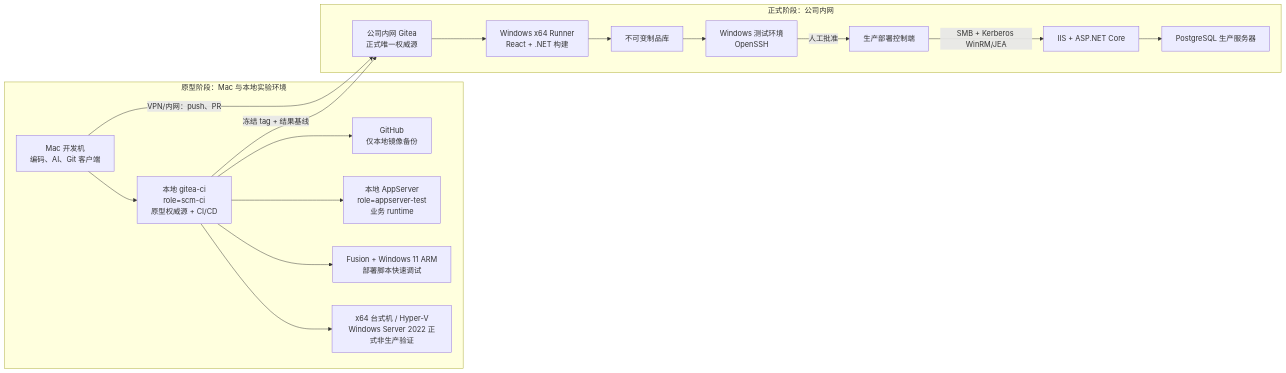
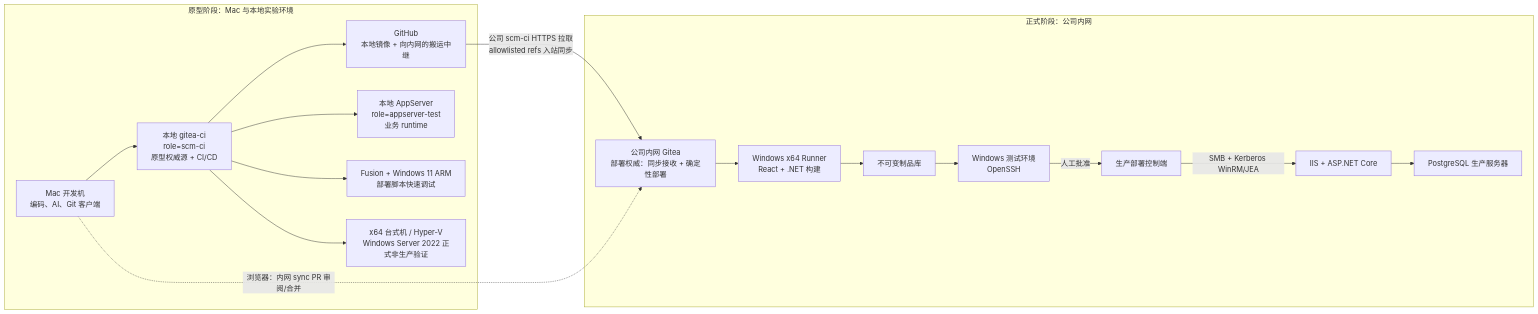
One commit to BenQue/AIGitea changed the diagram in 07-内网与生产平移路线.md. Above: the diagram before and after it, drawn with Mermaid. The commit also changed other lines of this file and 5 other files, not shown here.

````diff
--- a/07-内网与生产平移路线.md
+++ b/07-内网与生产平移路线.md
@@ -25,33 +30,33 @@
 ```mermaid
 flowchart LR
     subgraph LAB["原型阶段：Mac 与本地实验环境"]
         MAC["Mac 开发机<br/>编码、AI、Git 客户端"]
         LG["本地 gitea-ci<br/>role=scm-ci<br/>原型权威源 + CI/CD"]
-        GH["GitHub<br/>仅本地镜像备份"]
+        GH["GitHub<br/>本地镜像 + 向内网的搬运中继"]
         LAPP["本地 AppServer<br/>role=appserver-test<br/>业务 runtime"]
         ARM["Fusion + Windows 11 ARM<br/>部署脚本快速调试"]
         LWIN["x64 台式机 / Hyper-V<br/>Windows Server 2022 正式非生产验证"]
         MAC --> LG
         LG --> GH
         LG --> LAPP
         LG --> ARM
         LG --> LWIN
     end
 
-    LG -->|"冻结 tag + 结果基线"| CG["公司内网 Gitea<br/>正式唯一权威源"]
+    GH -->|"公司 scm-ci HTTPS 拉取<br/>allowlisted refs 入站同步"| CG["公司内网 Gitea<br/>部署权威：同步接收 + 确定性部署"]
 
     subgraph CORP["正式阶段：公司内网"]
         WR["Windows x64 Runner<br/>React + .NET 构建"]
         PKG["不可变制品库"]
         TEST["Windows 测试环境<br/>OpenSSH"]
         CTRL["生产部署控制端"]
         WEB["IIS + ASP.NET Core"]
         DB["PostgreSQL 生产服务器"]
         CG --> WR --> PKG --> TEST
         TEST -->|"人工批准"| CTRL
         CTRL -->|"SMB + Kerberos WinRM/JEA"| WEB
         WEB --> DB
     end
 
-    MAC -->|"VPN/内网：push、PR"| CG
+    MAC -.->|"浏览器：内网 sync PR 审阅/合并"| CG
 ```
````
